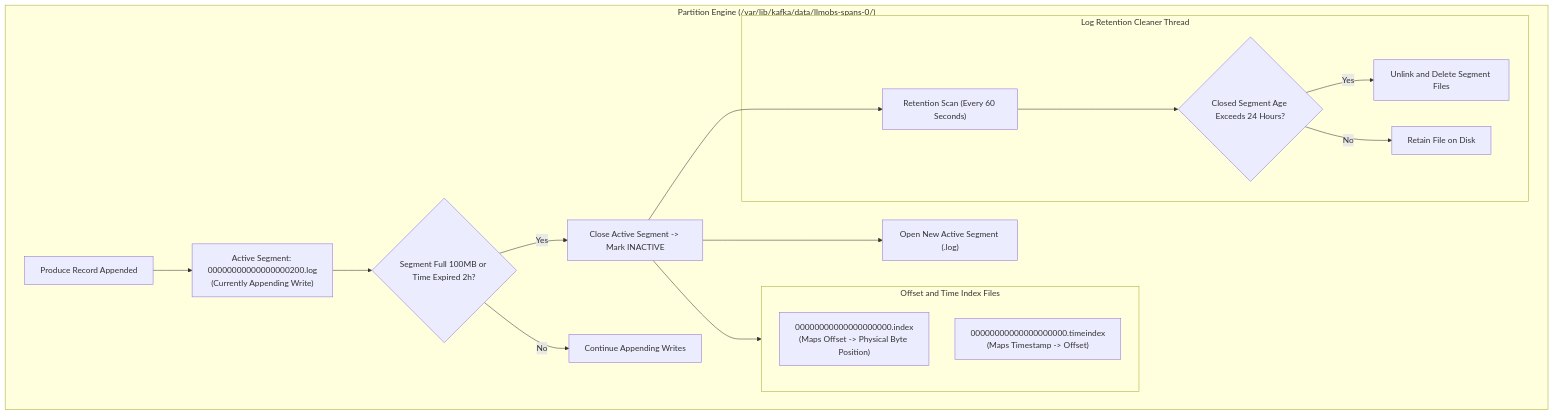
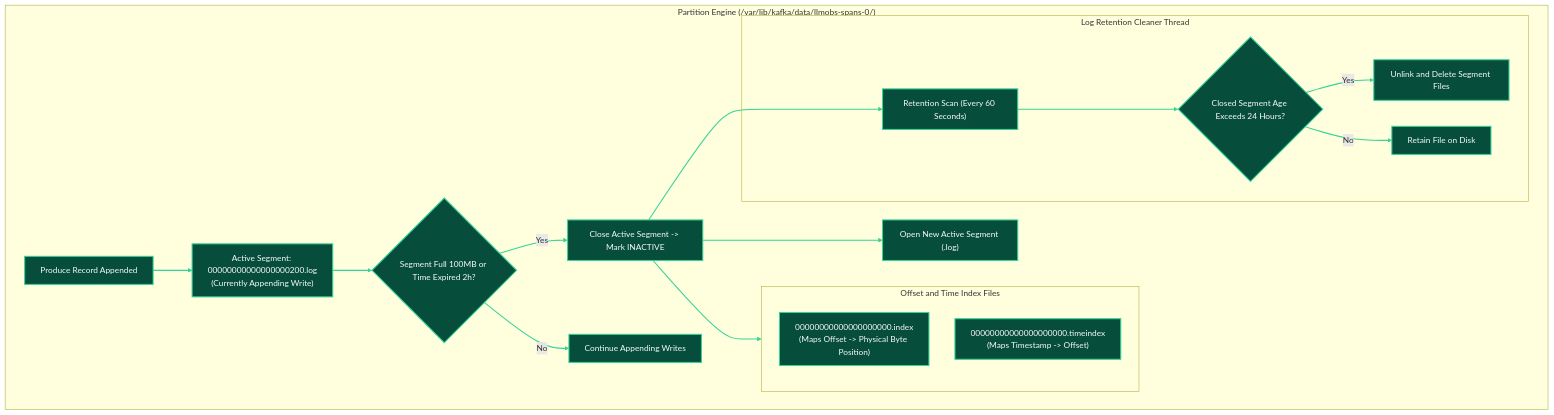
Before and after one commit to Chief-Strategist-J/llm-obs-infra: diagram 15 of 18 in docs/configDoc/kafka-configuration-guide.md, drawn with Mermaid. The commit also changed other lines of this file, not shown here.

Commit message:
docs(kafka): reorder component sections to Code -> HLD -> LLD -> Parameters and apply custom color styling to all Mermaid diagrams

````diff
--- a/docs/configDoc/kafka-configuration-guide.md
+++ b/docs/configDoc/kafka-configuration-guide.md
@@ -1018,26 +1256,41 @@
 ```mermaid
 graph TB
     subgraph PartitionDirectoryEngine ["Partition Engine (/var/lib/kafka/data/llmobs-spans-0/)"]
         WriteOp["Produce Record Appended"] --> ActiveSegment["Active Segment: 00000000000000000200.log<br/>(Currently Appending Write)"]
 
         ActiveSegment --> RollCondition{"Segment Full 100MB or Time Expired 2h?"}
         RollCondition -- Yes --> CloseSegment["Close Active Segment -> Mark INACTIVE"]
         CloseSegment --> OpenNew["Open New Active Segment (.log)"]
         RollCondition -- No --> KeepWriting["Continue Appending Writes"]
 
         subgraph IndexLookups ["Offset and Time Index Files"]
             OffsetIndex["00000000000000000000.index<br/>(Maps Offset -> Physical Byte Position)"]
             TimeIndex["00000000000000000000.timeindex<br/>(Maps Timestamp -> Offset)"]
         end
 
         CloseSegment --> IndexLookups
 
         subgraph LogRetentionCleaner ["Log Retention Cleaner Thread"]
             CleanerScan["Retention Scan (Every 60 Seconds)"] --> RetentionCheck{"Closed Segment Age Exceeds 24 Hours?"}
             RetentionCheck -- Yes --> UnlinkFile["Unlink and Delete Segment Files"]
             RetentionCheck -- No --> RetainSegment["Retain File on Disk"]
         end
 
         CloseSegment --> CleanerScan
     end
+
+    style WriteOp fill:#064e3b,stroke:#34d399,stroke-width:2px,color:#f8fafc
+    style ActiveSegment fill:#064e3b,stroke:#34d399,stroke-width:2px,color:#f8fafc
+    style RollCondition fill:#064e3b,stroke:#34d399,stroke-width:2px,color:#f8fafc
+    style CloseSegment fill:#064e3b,stroke:#34d399,stroke-width:2px,color:#f8fafc
+    style OpenNew fill:#064e3b,stroke:#34d399,stroke-width:2px,color:#f8fafc
+    style KeepWriting fill:#064e3b,stroke:#34d399,stroke-width:2px,color:#f8fafc
+    style OffsetIndex fill:#064e3b,stroke:#34d399,stroke-width:2px,color:#f8fafc
+    style TimeIndex fill:#064e3b,stroke:#34d399,stroke-width:2px,color:#f8fafc
+    style CleanerScan fill:#064e3b,stroke:#34d399,stroke-width:2px,color:#f8fafc
+    style RetentionCheck fill:#064e3b,stroke:#34d399,stroke-width:2px,color:#f8fafc
+    style UnlinkFile fill:#064e3b,stroke:#34d399,stroke-width:2px,color:#f8fafc
+    style RetainSegment fill:#064e3b,stroke:#34d399,stroke-width:2px,color:#f8fafc
+
+    linkStyle 0,1,2,3,4,5,6,7,8,9 stroke:#34d399,stroke-width:2px;
 ```
````
